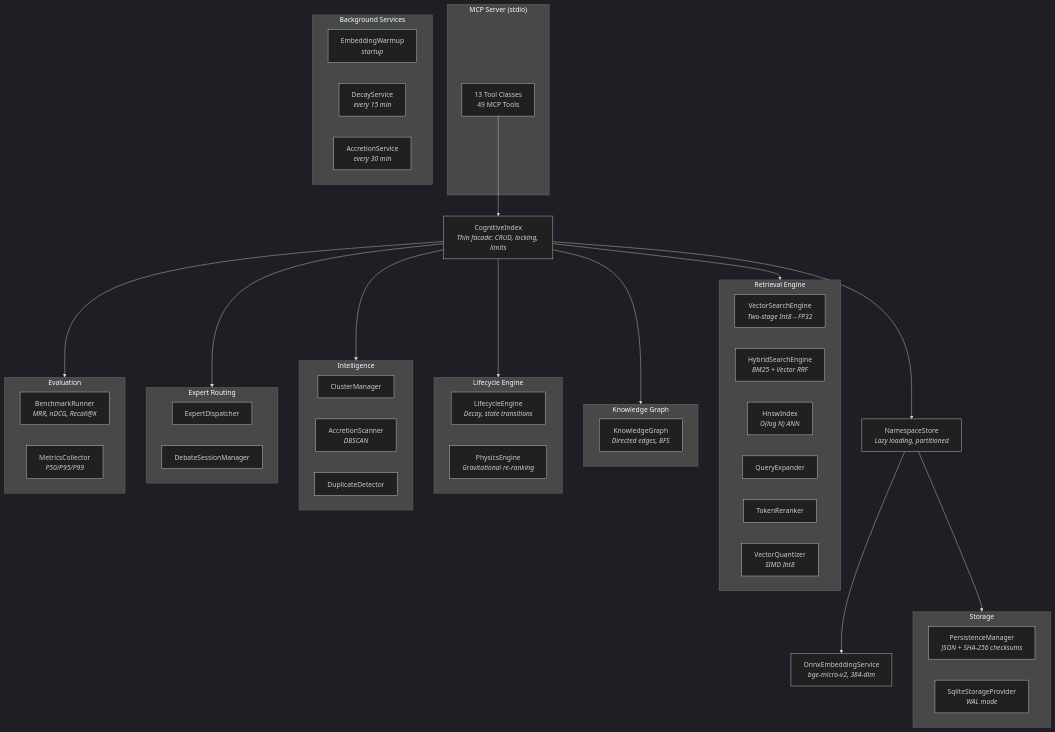
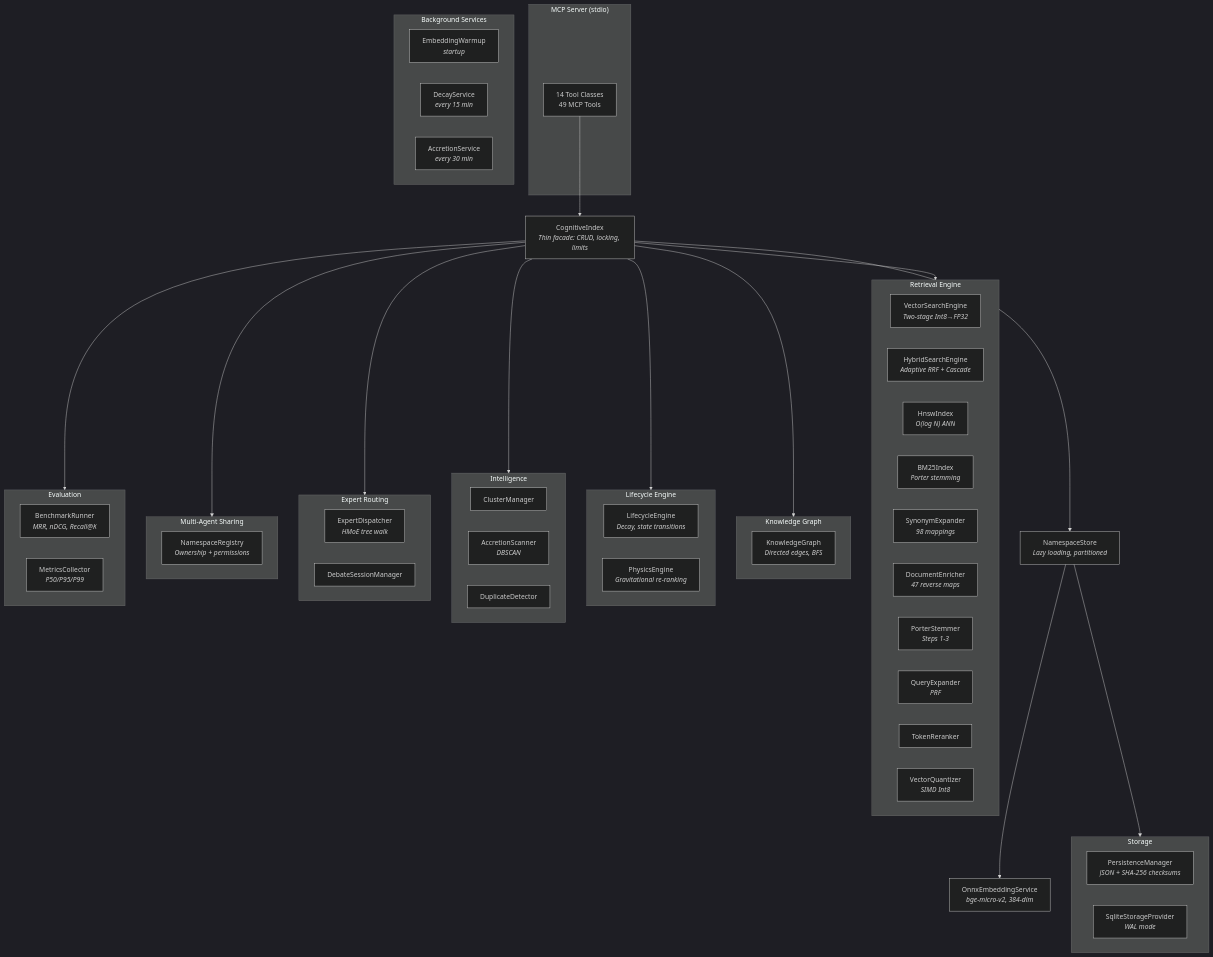
The diagram in README.md (wyckit/mcp-engram-memory), drawn with Mermaid (dark theme) before and after one commit. The commit also changed other lines of this file and 11 other files, not shown here.

First line of the commit message:
Add Porter stemming, synonym expansion, cascade retrieval, auto-PRF, and category boost (v0.5.4)

````diff
--- a/README.md
+++ b/README.md
@@ -59,65 +59,74 @@
 ```mermaid
 graph TD
     subgraph MCP["MCP Server (stdio)"]
-        Tools["13 Tool Classes<br/>49 MCP Tools"]
+        Tools["14 Tool Classes<br/>49 MCP Tools"]
     end
 
     Tools --> CI["CognitiveIndex<br/><i>Thin facade: CRUD, locking, limits</i>"]
 
     CI --> RE["Retrieval"]
     CI --> GR["Graph"]
     CI --> LC["Lifecycle"]
     CI --> IN["Intelligence"]
     CI --> EX["Experts"]
     CI --> EV["Evaluation"]
 
     subgraph RE["Retrieval Engine"]
         VS["VectorSearchEngine<br/><i>Two-stage Int8→FP32</i>"]
-        HS["HybridSearchEngine<br/><i>BM25 + Vector RRF</i>"]
+        HS["HybridSearchEngine<br/><i>Adaptive RRF + Cascade</i>"]
         HW["HnswIndex<br/><i>O(log N) ANN</i>"]
-        QE["QueryExpander"]
+        BM["BM25Index<br/><i>Porter stemming</i>"]
+        SY["SynonymExpander<br/><i>98 mappings</i>"]
+        DE["DocumentEnricher<br/><i>47 reverse maps</i>"]
+        PS["PorterStemmer<br/><i>Steps 1-3</i>"]
+        QE["QueryExpander<br/><i>PRF</i>"]
         TR["TokenReranker"]
         VQ["VectorQuantizer<br/><i>SIMD Int8</i>"]
     end
 
     subgraph GR["Knowledge Graph"]
         KG["KnowledgeGraph<br/><i>Directed edges, BFS</i>"]
     end
 
     subgraph LC["Lifecycle Engine"]
         LE["LifecycleEngine<br/><i>Decay, state transitions</i>"]
         PE["PhysicsEngine<br/><i>Gravitational re-ranking</i>"]
     end
 
     subgraph IN["Intelligence"]
         CM["ClusterManager"]
         AS["AccretionScanner<br/><i>DBSCAN</i>"]
         DD["DuplicateDetector"]
     end
 
     subgraph EX["Expert Routing"]
-        ED["ExpertDispatcher"]
+        ED["ExpertDispatcher<br/><i>HMoE tree walk</i>"]
         DM["DebateSessionManager"]
+    end
+
+    subgraph SH["Multi-Agent Sharing"]
+        NR["NamespaceRegistry<br/><i>Ownership + permissions</i>"]
     end
 
     subgraph EV["Evaluation"]
         BR["BenchmarkRunner<br/><i>MRR, nDCG, Recall@K</i>"]
         MC["MetricsCollector<br/><i>P50/P95/P99</i>"]
     end
 
+    CI --> SH
     CI --> NS["NamespaceStore<br/><i>Lazy loading, partitioned</i>"]
     NS --> SP["Storage Provider"]
 
     subgraph SP["Storage"]
         PM["PersistenceManager<br/><i>JSON + SHA-256 checksums</i>"]
         SQ["SqliteStorageProvider<br/><i>WAL mode</i>"]
     end
 
     NS --> EMB["OnnxEmbeddingService<br/><i>bge-micro-v2, 384-dim</i>"]
 
     subgraph BG["Background Services"]
         BG1["EmbeddingWarmup<br/><i>startup</i>"]
         BG2["DecayService<br/><i>every 15 min</i>"]
         BG3["AccretionService<br/><i>every 30 min</i>"]
     end
 ```
````
